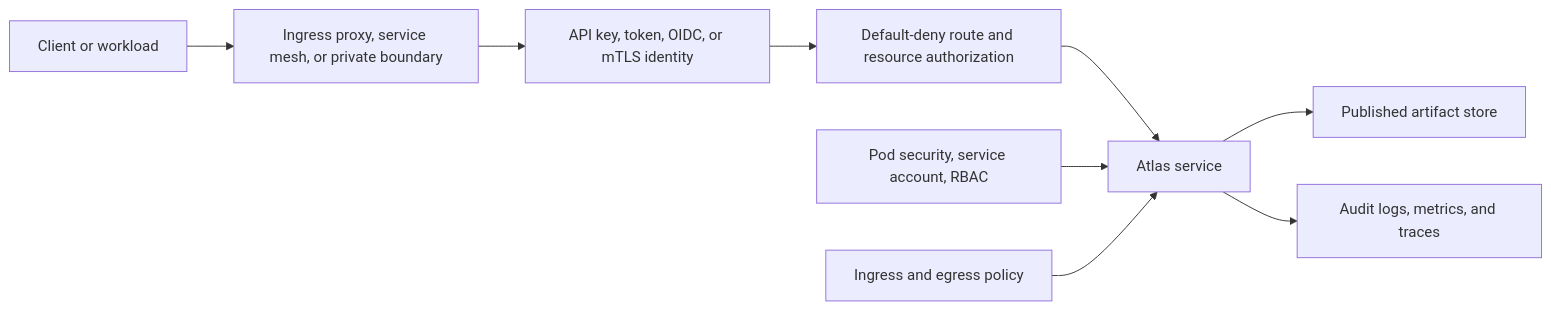
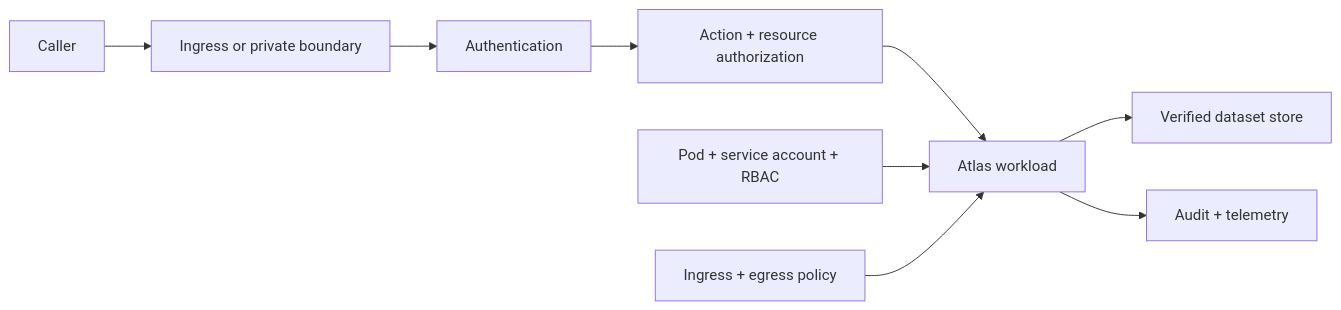
The diagram in docs/bijux-atlas-ops/kubernetes/security-operations.md (bijux/bijux-atlas), drawn with Mermaid before and after one commit. The commit also changed other lines of this file and 2 other files, not shown here.

Commit message:
docs(security): bind deployment controls to live exposure

````diff
--- a/docs/bijux-atlas-ops/kubernetes/security-operations.md
+++ b/docs/bijux-atlas-ops/kubernetes/security-operations.md
@@ -19,11 +17,11 @@
 ```mermaid
 flowchart LR
-    Client[Client or workload] --> Edge[Ingress proxy, service mesh, or private boundary]
-    Edge --> Identity[API key, token, OIDC, or mTLS identity]
-    Identity --> Authz[Default-deny route and resource authorization]
-    Authz --> Runtime[Atlas service]
-    Runtime --> Store[Published artifact store]
-    Runtime --> Audit[Audit logs, metrics, and traces]
-    Workload[Pod security, service account, RBAC] --> Runtime
-    Network[Ingress and egress policy] --> Runtime
+    Client[Caller] --> Edge[Ingress or private boundary]
+    Edge --> Identity[Authentication]
+    Identity --> Authz[Action + resource authorization]
+    Authz --> Runtime[Atlas workload]
+    Runtime --> Store[Verified dataset store]
+    Workload[Pod + service account + RBAC] --> Runtime
+    Network[Ingress + egress policy] --> Runtime
+    Runtime --> Audit[Audit + telemetry]
 ```
````
